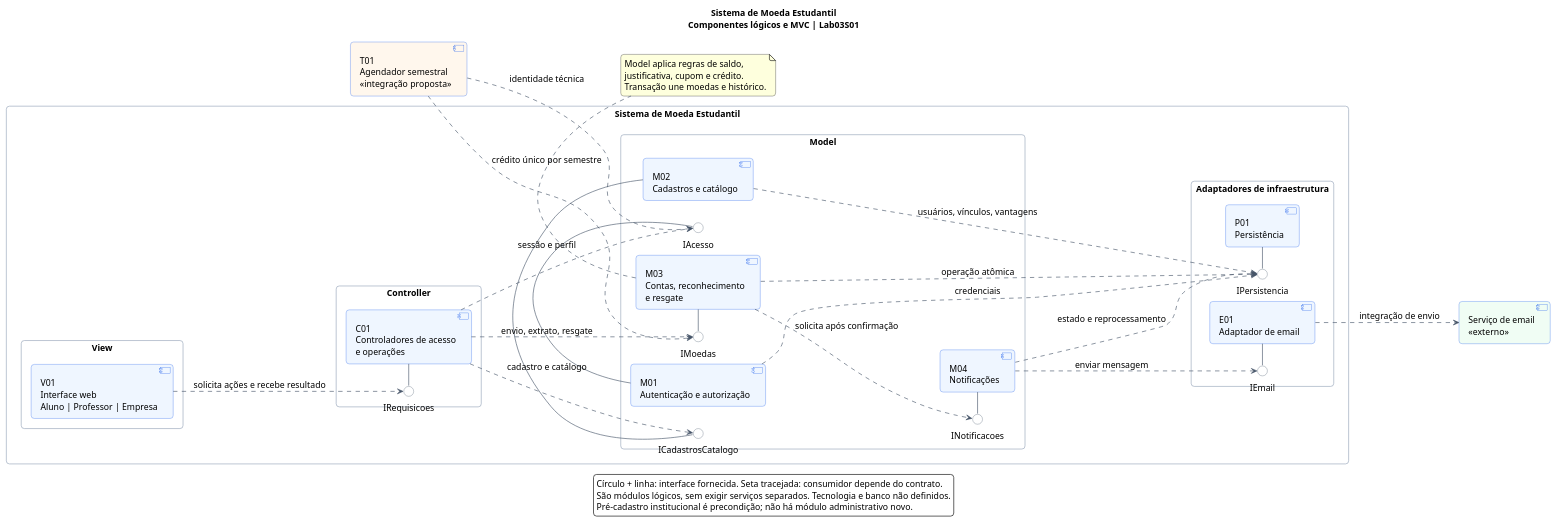
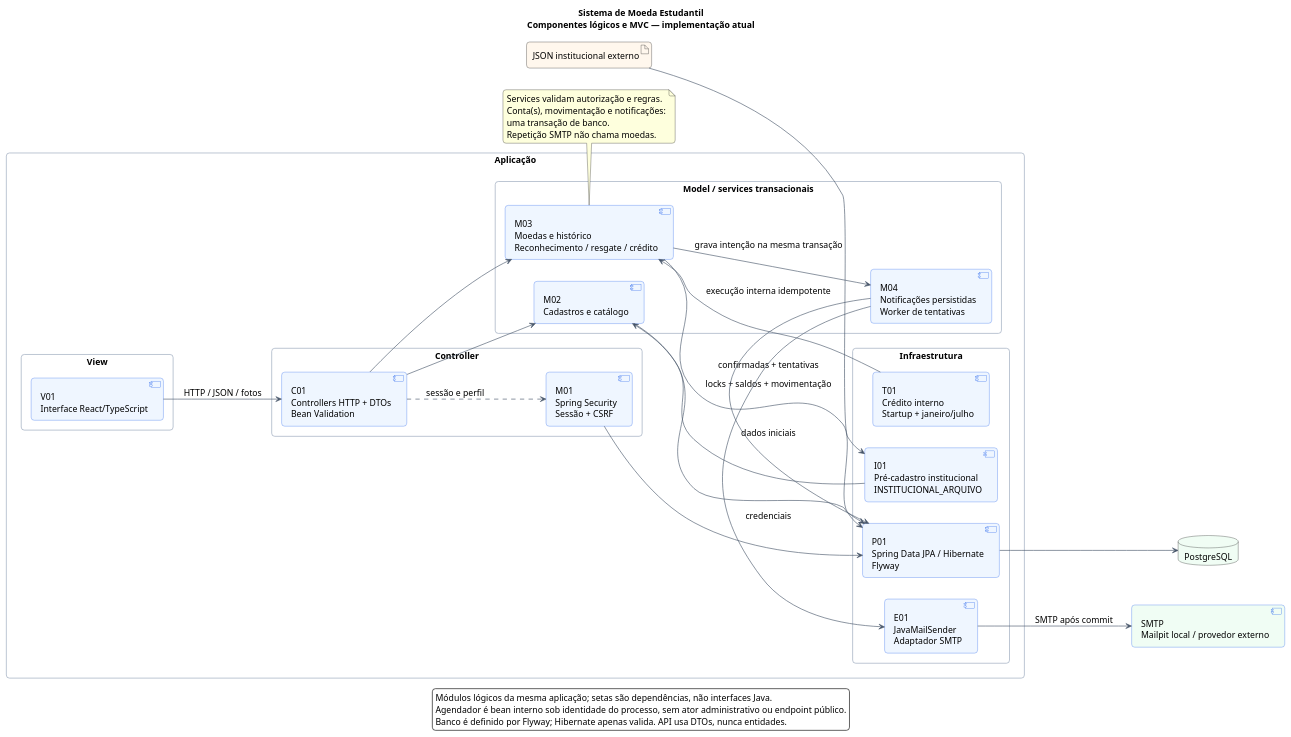
One commit to GuilhermeHortaDias/Puc_DevSoft_Lab3 changed the diagram in docs/modelagem/diagramas/componentes.puml. Above: the diagram before and after it, drawn with PlantUML. The commit also changed 74 other files, not shown here.

Commit message:
feat: concluir moedas vantagens cupons e notificacoes do laboratorio

```diff
--- a/docs/modelagem/diagramas/componentes.puml
+++ b/docs/modelagem/diagramas/componentes.puml
@@ -1,78 +1,67 @@
 @startuml
 left to right direction
 skinparam backgroundColor #FFFFFF
 skinparam defaultFontName SansSerif
 skinparam defaultFontSize 14
 skinparam shadowing false
 skinparam roundcorner 10
 skinparam ArrowColor #475569
 skinparam componentStyle uml2
 skinparam componentBackgroundColor #EFF6FF
 skinparam componentBorderColor #2563EB
-skinparam interfaceBackgroundColor #FFFFFF
-skinparam interfaceBorderColor #475569
 skinparam packageStyle rectangle
 skinparam packageBorderColor #94A3B8
-title Sistema de Moeda Estudantil\nComponentes lógicos e MVC | Lab03S01
+title Sistema de Moeda Estudantil\nComponentes lógicos e MVC — implementação atual
 
-package "Sistema de Moeda Estudantil" {
+package "Aplicação" {
   package "View" {
-    component "V01\nInterface web\nAluno | Professor | Empresa" as WebViews
+    component "V01\nInterface React/TypeScript" as WebViews
   }
   package "Controller" {
-    component "C01\nControladores de acesso\ne operações" as Controllers
-    interface "IRequisicoes" as IWeb
-    Controllers -left- IWeb
+    component "C01\nControllers HTTP + DTOs\nBean Validation" as Controllers
+    component "M01\nSpring Security\nSessão + CSRF" as Auth
   }
-  package "Model" {
-    component "M01\nAutenticação e autorização" as Auth
+  package "Model / services transacionais" {
     component "M02\nCadastros e catálogo" as Catalog
-    component "M03\nContas, reconhecimento\ne resgate" as Coins
-    component "M04\nNotificações" as Notifications
-    interface "IAcesso" as IAuth
-    interface "ICadastrosCatalogo" as ICatalog
-    interface "IMoedas" as ICoins
-    interface "INotificacoes" as INotifications
-    Auth -left- IAuth
-    Catalog -left- ICatalog
-    Coins -left- ICoins
-    Notifications -left- INotifications
+    component "M03\nMoedas e histórico\nReconhecimento / resgate / crédito" as Coins
+    component "M04\nNotificações persistidas\nWorker de tentativas" as Notifications
   }
-  package "Adaptadores de infraestrutura" {
-    component "P01\nPersistência" as Persistence
-    component "E01\nAdaptador de email" as EmailAdapter
-    interface "IPersistencia" as IPersistence
-    interface "IEmail" as IEmail
-    Persistence -left- IPersistence
-    EmailAdapter -left- IEmail
+  package "Infraestrutura" {
+    component "P01\nSpring Data JPA / Hibernate\nFlyway" as Persistence
+    component "E01\nJavaMailSender\nAdaptador SMTP" as EmailAdapter
+    component "T01\nCrédito interno\nStartup + janeiro/julho" as Scheduler
+    component "I01\nPré-cadastro institucional\nINSTITUCIONAL_ARQUIVO" as Institutional
   }
 }
+database "PostgreSQL" as Database #F0FDF4
+component "SMTP\nMailpit local / provedor externo" as Provider #F0FDF4
+artifact "JSON institucional externo" as Input #FFF7ED
 
-component "T01\nAgendador semestral\n<<integração proposta>>" as Scheduler #FFF7ED
-component "Serviço de email\n<<externo>>" as Provider #F0FDF4
-
-WebViews ..> IWeb : solicita ações e recebe resultado
-Controllers ..> IAuth : sessão e perfil
-Controllers ..> ICatalog : cadastro e catálogo
-Controllers ..> ICoins : envio, extrato, resgate
-Auth ..> IPersistence : credenciais
-Catalog ..> IPersistence : usuários, vínculos, vantagens
-Coins ..> IPersistence : operação atômica
-Coins ..> INotifications : solicita após confirmação
-Notifications ..> IPersistence : estado e reprocessamento
-Notifications ..> IEmail : enviar mensagem
-EmailAdapter ..> Provider : integração de envio
-Scheduler ..> ICoins : crédito único por semestre
-Scheduler ..> IAuth : identidade técnica
+WebViews --> Controllers : HTTP / JSON / fotos
+Controllers ..> Auth : sessão e perfil
+Controllers --> Catalog
+Controllers --> Coins
+Auth --> Persistence : credenciais
+Catalog --> Persistence
+Coins --> Persistence : locks + saldos + movimentação
+Coins --> Notifications : grava intenção na mesma transação
+Notifications --> Persistence : confirmadas + tentativas
+Notifications --> EmailAdapter
+EmailAdapter --> Provider : SMTP após commit
+Persistence --> Database
+Scheduler --> Coins : execução interna idempotente
+Institutional --> Catalog : dados iniciais
+Input --> Institutional
 
 note bottom of Coins
-  Model aplica regras de saldo,
-  justificativa, cupom e crédito.
-  Transação une moedas e histórico.
+  Services validam autorização e regras.
+  Conta(s), movimentação e notificações:
+  uma transação de banco.
+  Repetição SMTP não chama moedas.
 end note
 legend bottom
-  Círculo + linha: interface fornecida. Seta tracejada: consumidor depende do contrato.
-  São módulos lógicos, sem exigir serviços separados. Tecnologia e banco não definidos.
-  Pré-cadastro institucional é precondição; não há módulo administrativo novo.
+  Módulos lógicos da mesma aplicação; setas são dependências, não interfaces Java.
+  Agendador é bean interno sob identidade do processo, sem ator administrativo ou endpoint público.
+  Banco é definido por Flyway; Hibernate apenas valida. API usa DTOs, nunca entidades.
 endlegend
 @enduml
```
